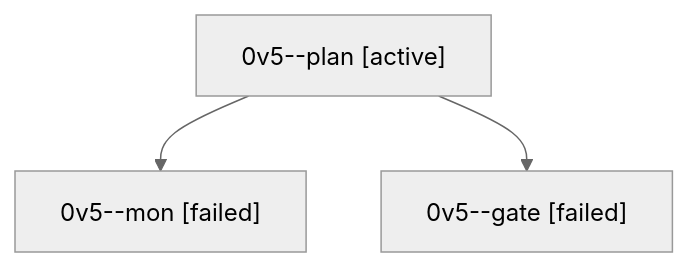
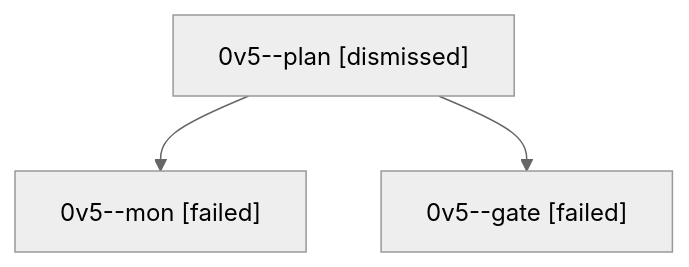
One commit to bobs-org/bob-cli--agents changed the diagram in sessions/bbugyi200.athena.0v5.md. Above: the diagram before and after it, drawn with Mermaid (neutral theme). The commit also changed other lines of this file and 33 other files, not shown here.

````diff
--- a/sessions/bbugyi200.athena.0v5.md
+++ b/sessions/bbugyi200.athena.0v5.md
@@ -9,8 +9,8 @@
 ```mermaid
 flowchart TD
-  n0["0v5--plan [active]"]
+  n0["0v5--plan [dismissed]"]
   n1["0v5--mon [failed]"]
   n0 --> n1
   n2["0v5--gate [failed]"]
   n0 --> n2
 ```
````
